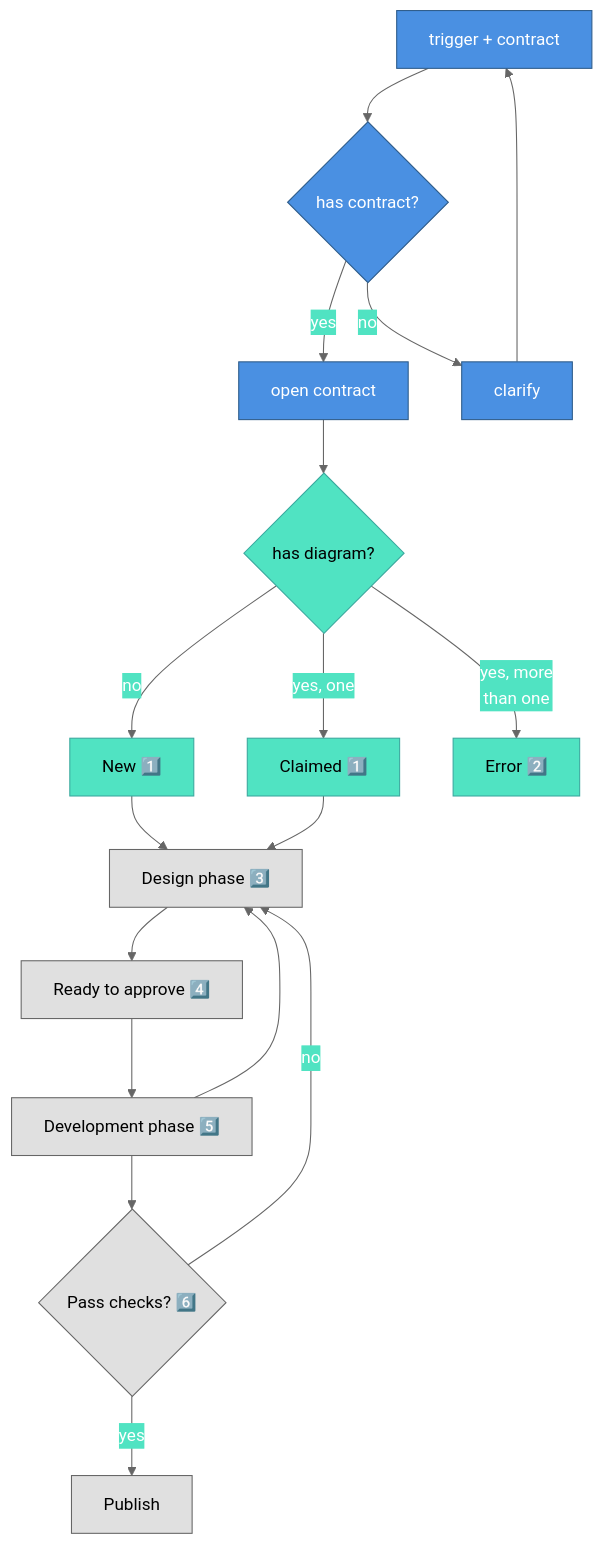
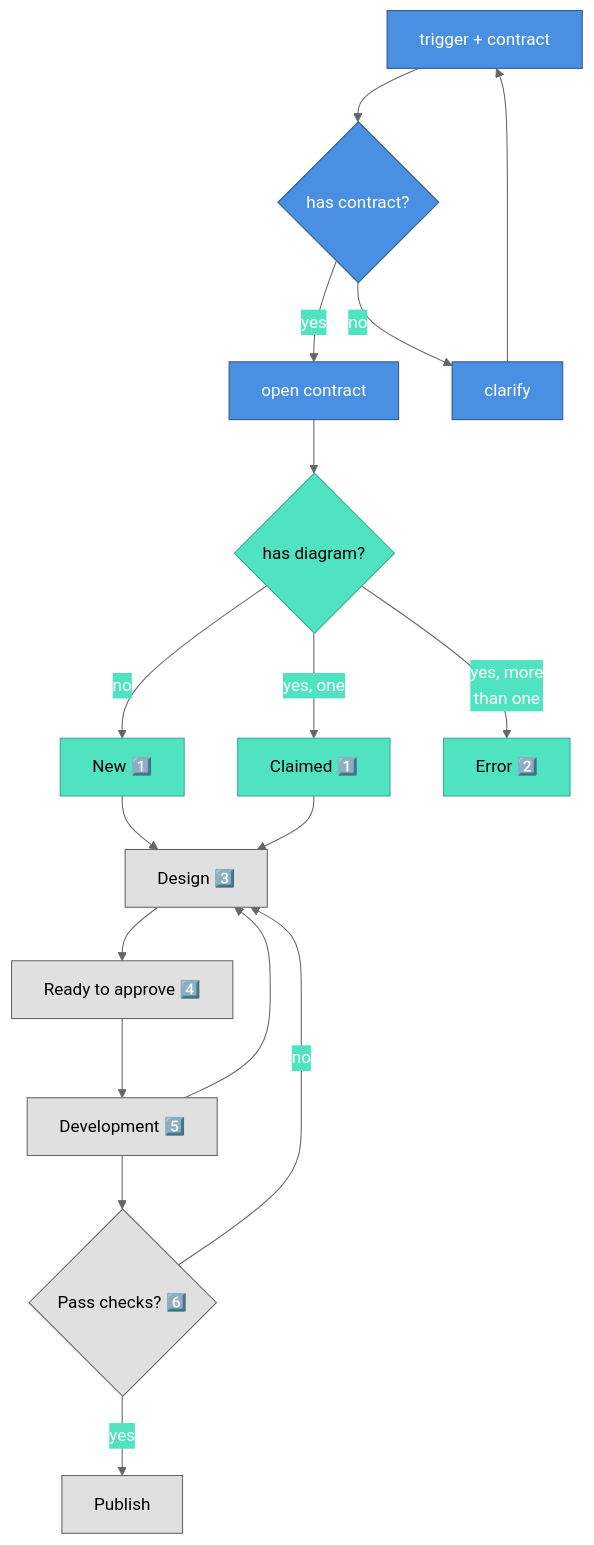
One commit to nonlinear/skills changed the diagram in contract-diagram/SKILL.md. Above: the diagram before and after it, drawn with Mermaid.

Commit message:
Simplify phase node labels (remove 'phase' suffix)

````diff
--- a/contract-diagram/SKILL.md
+++ b/contract-diagram/SKILL.md
@@ -14,45 +14,45 @@
 ```mermaid
 %%{init: {'theme':'base','themeVariables':{'primaryColor':'#4A90E2','primaryTextColor':'#fff','primaryBorderColor':'#2E5C8A','lineColor':'#666','secondaryColor':'#50E3C2','tertiaryColor':'#FFD700'}}}%%
 flowchart TD
     TRIGGER["trigger + contract"]
     CHECK_CONTRACT{"has contract?"}
     OPEN["open contract"]
     CLARIFY["clarify"]
     CHECK_DIAGRAM{"has diagram?"}
     CREATE["New 1️⃣"]
     CLAIM["Claimed 1️⃣"]
     ERROR["Error 2️⃣"]
     
-    DESIGN["Design phase 3️⃣"]
+    DESIGN["Design 3️⃣"]
     SIGNOFF["Ready to approve 4️⃣"]
-    DEVELOPMENT["Development phase 5️⃣"]
+    DEVELOPMENT["Development 5️⃣"]
     TESTS{"Pass checks? 6️⃣"}
     PUBLISH["Publish"]
     
     TRIGGER --> CHECK_CONTRACT
     CHECK_CONTRACT -->|yes| OPEN
     CHECK_CONTRACT -->|no| CLARIFY
     CLARIFY --> TRIGGER
     
     OPEN --> CHECK_DIAGRAM
     CHECK_DIAGRAM -->|yes, more<br/>than one| ERROR
     CHECK_DIAGRAM -->|yes, one| CLAIM
     CHECK_DIAGRAM -->|no| CREATE
     
     CREATE --> DESIGN
     CLAIM --> DESIGN
     DESIGN --> SIGNOFF
     SIGNOFF --> DEVELOPMENT
     DEVELOPMENT --> DESIGN
     DEVELOPMENT --> TESTS
     TESTS -->|yes| PUBLISH
     TESTS -->|no| DESIGN
     
     classDef default fill:#e0e0e0,stroke:#666,color:#000
     classDef approved fill:#4A90E2,stroke:#2E5C8A,color:#fff
     classDef developed fill:#50E3C2,stroke:#3aa89e,color:#000
     
     class TRIGGER,CHECK_CONTRACT,OPEN,CLARIFY approved
     class CHECK_DIAGRAM,CREATE,CLAIM,ERROR developed
     class DESIGN,SIGNOFF,DEVELOPMENT,TESTS,PUBLISH default
 ```
````
